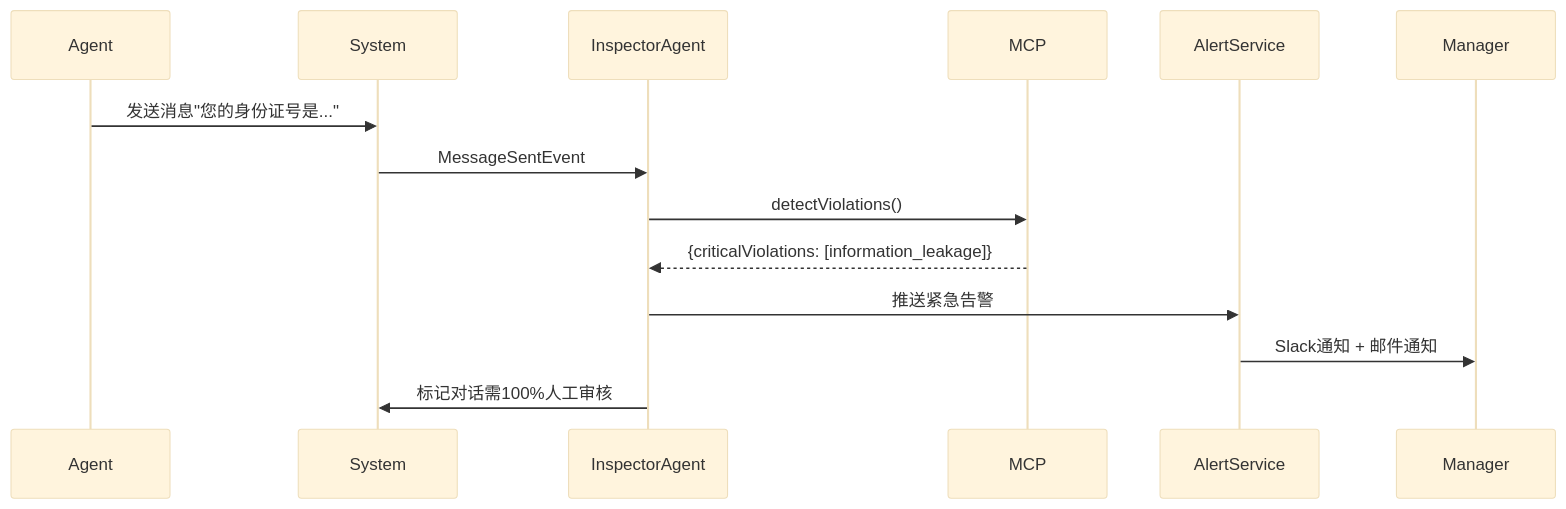
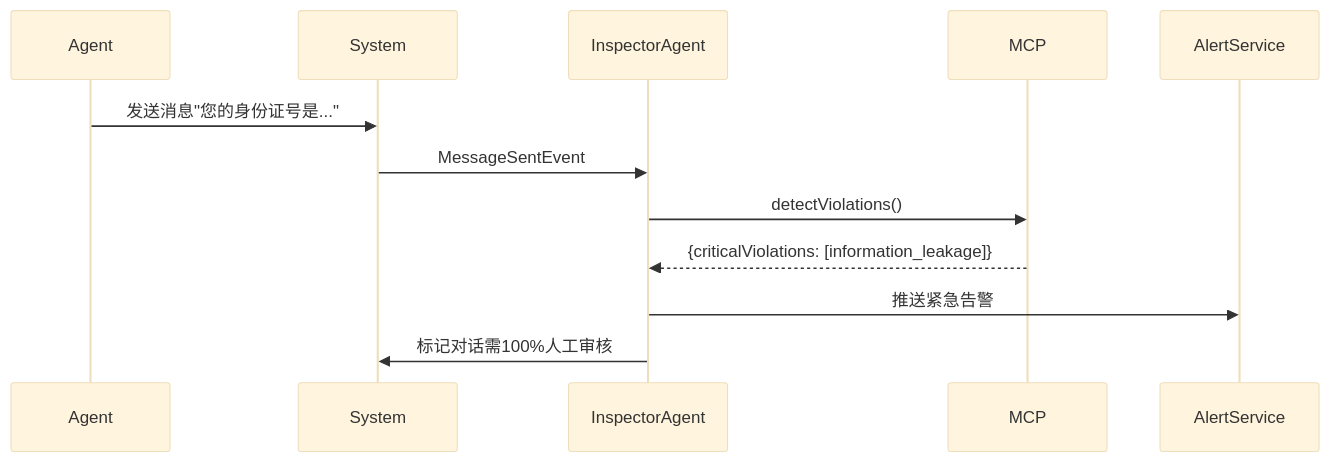
The second of 2 diagrams in docs/prd/2-baseline/3-agents/InspectorAgent-PRD.md (zqshi/After-sales), drawn with Mermaid (base theme) before and after one commit. The commit also changed other lines of this file and 90 other files, not shown here.

````diff
--- a/docs/prd/2-baseline/3-agents/InspectorAgent-PRD.md
+++ b/docs/prd/2-baseline/3-agents/InspectorAgent-PRD.md
@@ -1282,10 +1292,9 @@
 ```mermaid
 sequenceDiagram
     Agent->>System: 发送消息"您的身份证号是..."
     System->>InspectorAgent: MessageSentEvent
     InspectorAgent->>MCP: detectViolations()
     MCP-->>InspectorAgent: {criticalViolations: [information_leakage]}
     InspectorAgent->>AlertService: 推送紧急告警
-    AlertService->>Manager: Slack通知 + 邮件通知
     InspectorAgent->>System: 标记对话需100%人工审核
 ```
````
